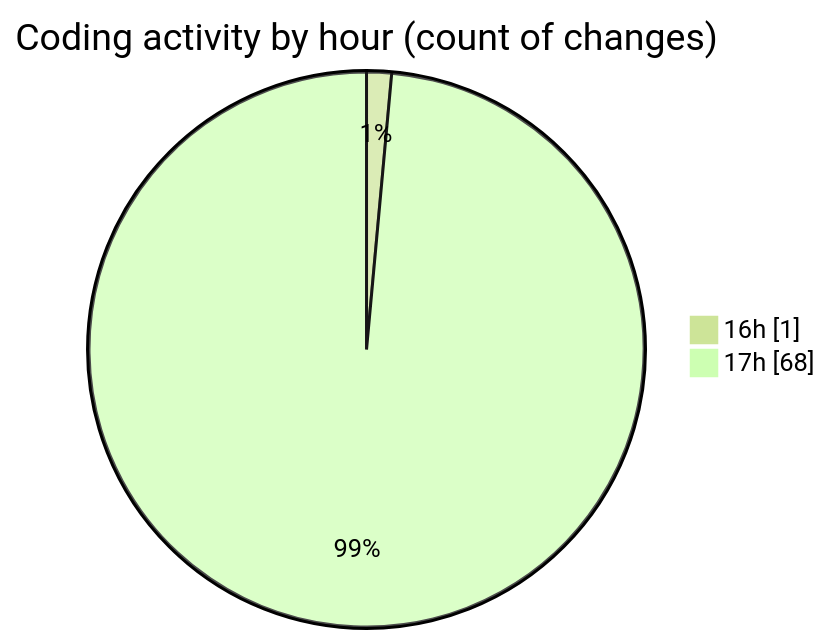
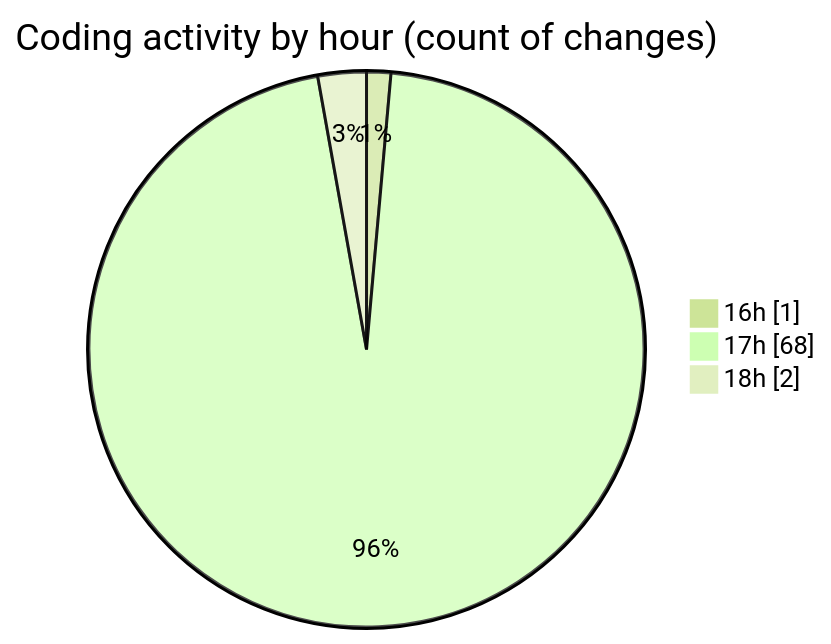
The second of 2 diagrams in 2025-05-27/studio-backend/README.md (idhammustaqopulfikri/code-tracking), drawn with Mermaid (forest theme) before and after one commit. The commit also changed other lines of this file and 1 other file, not shown here.

````diff
--- a/2025-05-27/studio-backend/README.md
+++ b/2025-05-27/studio-backend/README.md
@@ -61,6 +61,7 @@
 ```mermaid
 pie showData
 title Coding activity by hour (count of changes)
 "16h" : 1
 "17h" : 68
+"18h" : 2
 ```
````
